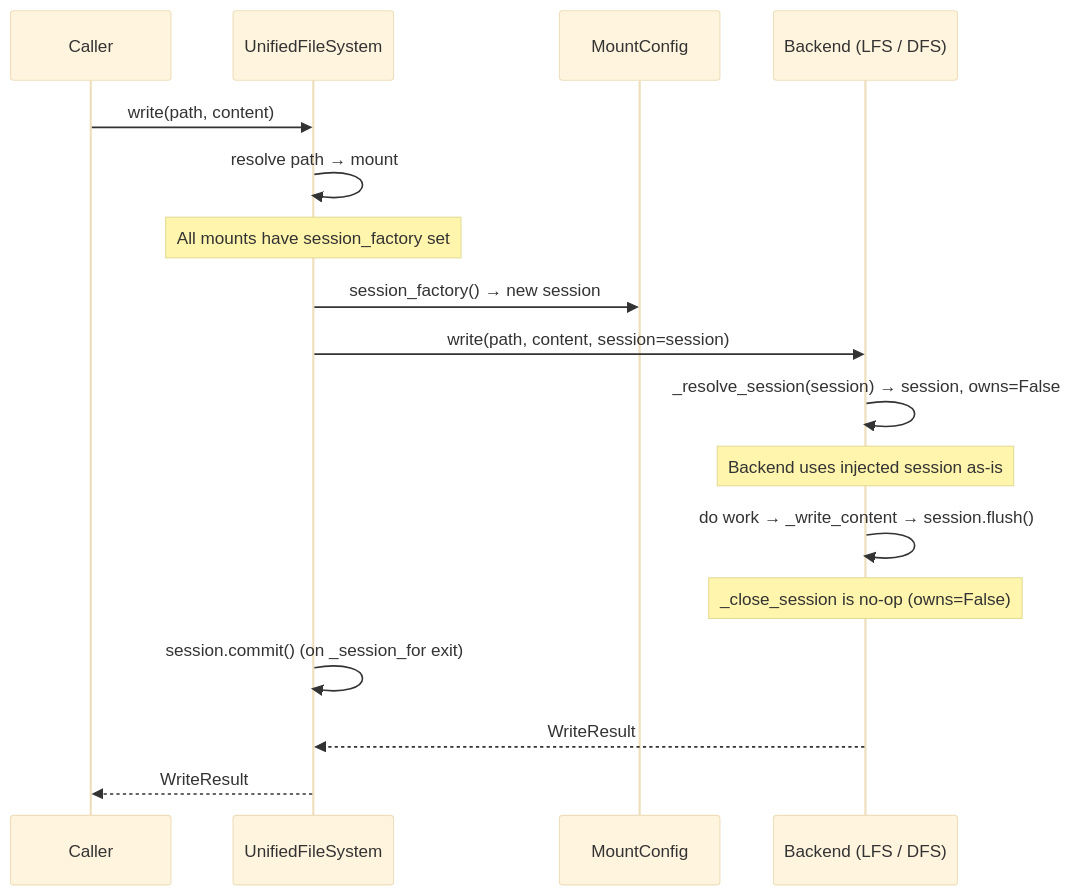
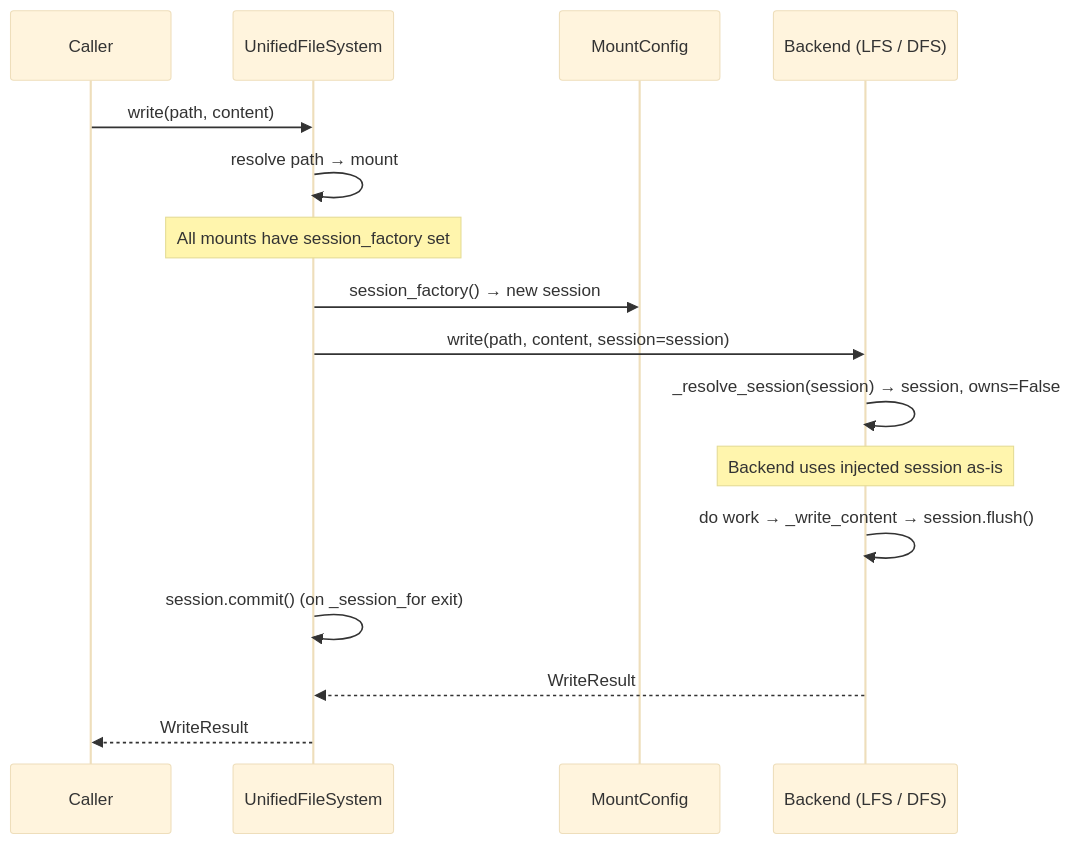
The fourth of 10 diagrams in docs/fs_architecture.md (ClayGendron/grover), drawn with Mermaid (base theme) before and after one commit. The commit also changed other lines of this file and 4 other files, not shown here.

First line of the commit message:
Drop _close_session abstract method, inline session.close() in base

````diff
--- a/docs/fs_architecture.md
+++ b/docs/fs_architecture.md
@@ -219,22 +219,21 @@
 ```mermaid
 sequenceDiagram
     participant Caller
     participant UFS as UnifiedFileSystem
     participant MC as MountConfig
     participant Backend as Backend (LFS / DFS)
 
     Caller->>UFS: write(path, content)
     UFS->>UFS: resolve path → mount
 
     Note over UFS: All mounts have session_factory set
     UFS->>MC: session_factory() → new session
     UFS->>Backend: write(path, content, session=session)
     Backend->>Backend: _resolve_session(session) → session, owns=False
     Note over Backend: Backend uses injected session as-is
     Backend->>Backend: do work → _write_content → session.flush()
-    Note over Backend: _close_session is no-op (owns=False)
     UFS->>UFS: session.commit() (on _session_for exit)
 
     Backend-->>UFS: WriteResult
     UFS-->>Caller: WriteResult
 ```
````
